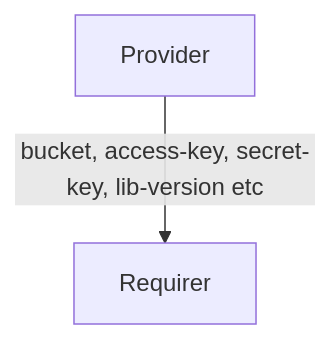
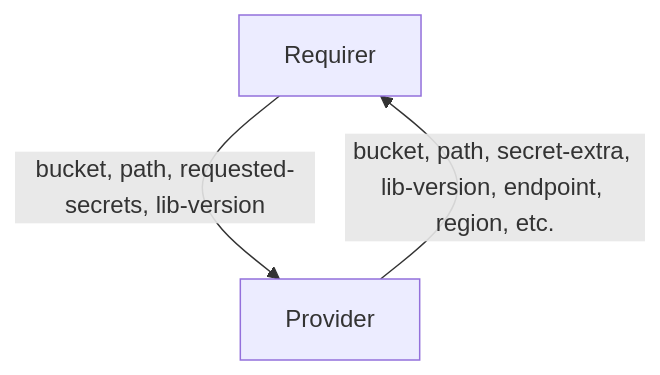
The diagram in interfaces/s3/v1/README.md (canonical/charm-relation-interfaces), drawn with Mermaid before and after one commit. The commit also changed other lines of this file and 5 other files, not shown here.

````diff
--- a/interfaces/s3/v1/README.md
+++ b/interfaces/s3/v1/README.md
@@ -12,4 +12,5 @@
 ```mermaid
 flowchart TD
-    Provider -- bucket, access-key, secret-key, lib-version etc --> Requirer
+    Requirer -- bucket, path, requested-secrets, lib-version --> Provider
+    Provider -- bucket, path, secret-extra, lib-version, endpoint, region, etc. --> Requirer
 ```
````
